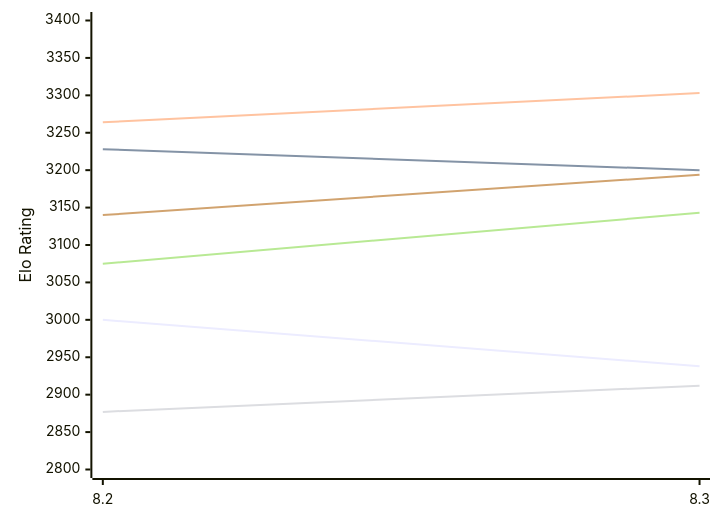
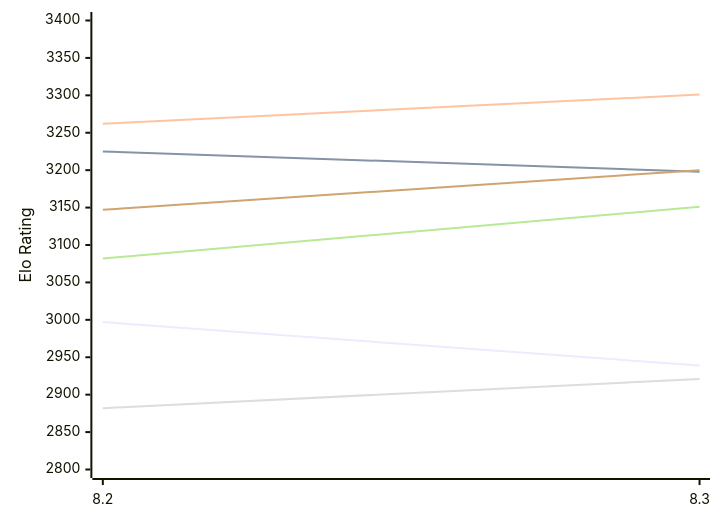
One commit to computer-chess-index/cci changed the first of 2 diagrams in engines/Alexander.md. Above: the diagram before and after it, drawn with Mermaid. The commit also changed other lines of this file, not shown here.

Commit message:
Update CCI Ratings (ELO VLTC) - 2026-11-23

````diff
--- a/engines/Alexander.md
+++ b/engines/Alexander.md
@@ -52,12 +52,12 @@
 ```mermaid
 %%{init: {"theme":"base","themeVariables":{"seriesColors:['#a3a3a3','#222221','#faa371']}}}%%
 xychart-beta
   x-axis ["8.2", "8.3"]
   y-axis "Elo Rating" 2800 --> 3400
-  line "E1: STC (8.0+0.08s)" [3000, 2938]
-  line "E1: LTC (60.0+0.60s)" [3228, 3200]
-  line "E1: VLTC (2m24s+1.12s)" [3264, 3303]
-  line "P1: STC (8.0+0.08s)" [2877, 2912]
-  line "P1: LTC (60.0+0.60s)" [3075, 3143]
-  line "P1: VLTC (2m24s+1.12s)" [3140, 3194]
+  line "E1: STC (8.0+0.08s)" [2997, 2939]
+  line "E1: LTC (60.0+0.60s)" [3225, 3198]
+  line "E1: VLTC (2m24s+1.12s)" [3262, 3301]
+  line "P1: STC (8.0+0.08s)" [2882, 2921]
+  line "P1: LTC (60.0+0.60s)" [3082, 3151]
+  line "P1: VLTC (2m24s+1.12s)" [3147, 3200]
 ```
````
